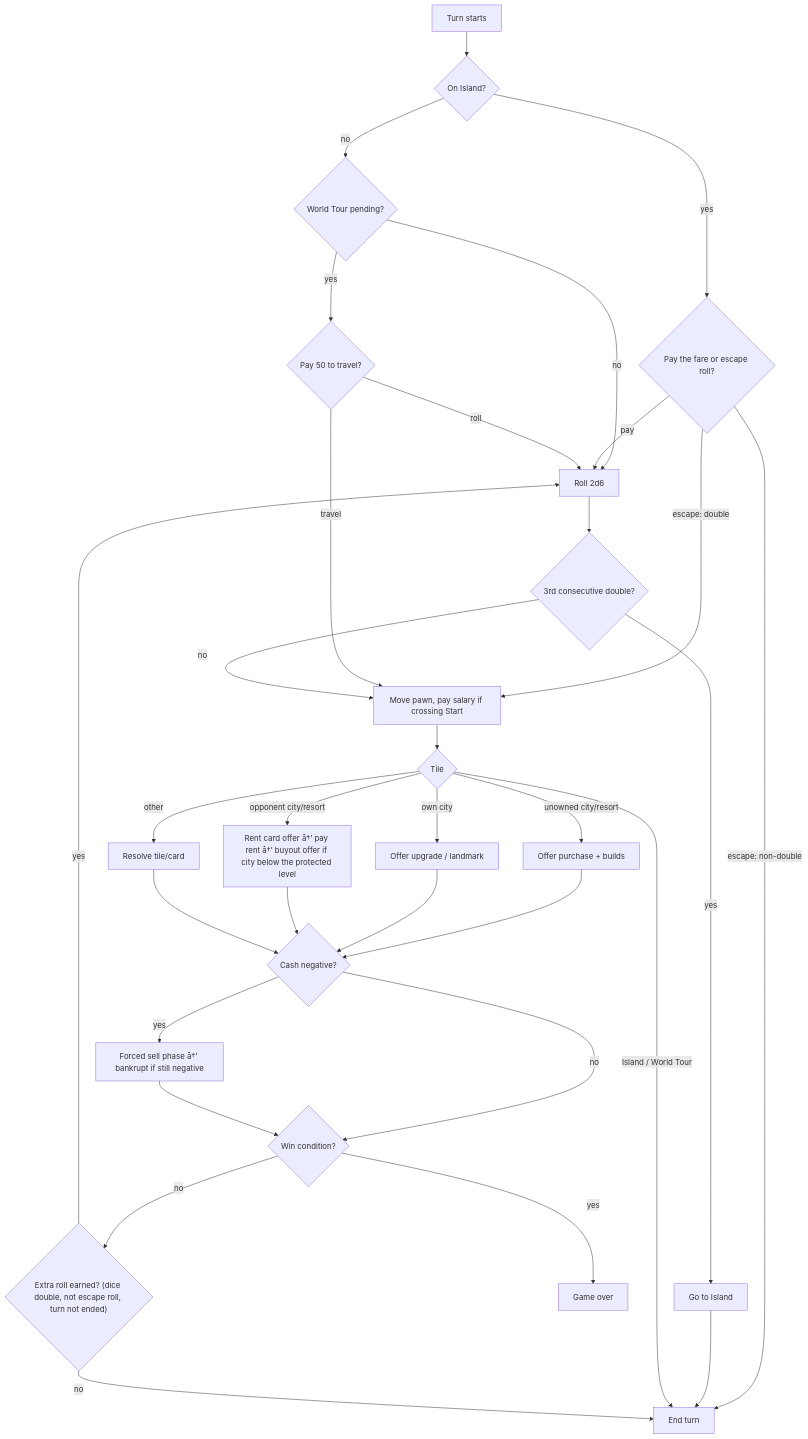
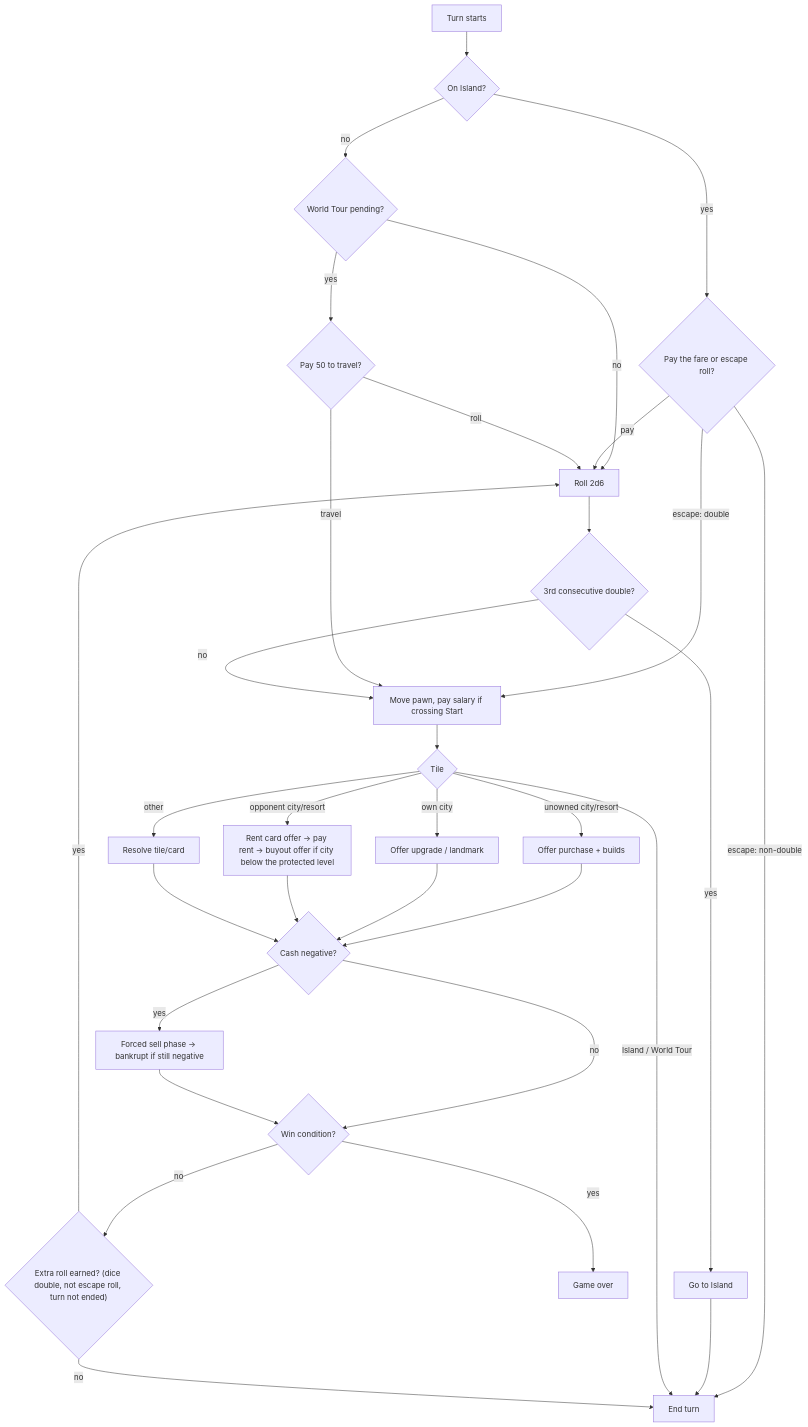
One commit to Rusutsu-Studios/Polytour changed the diagram in docs/GAME_DESIGN.md. Above: the diagram before and after it, drawn with Mermaid. The commit also changed other lines of this file and 4 other files, not shown here.

````diff
--- a/docs/GAME_DESIGN.md
+++ b/docs/GAME_DESIGN.md
@@ -269,30 +269,30 @@
 ```mermaid
 flowchart TD
   S[Turn starts] --> I{On Island?}
   I -- yes --> IE{Pay the fare or escape roll?}
   I -- no --> WT{World Tour pending?}
   WT -- yes --> TR{Pay 50 to travel?}
   WT -- no --> R[Roll 2d6]
   IE -- pay --> R
   IE -- "escape: double" --> M
   IE -- "escape: non-double" --> E
   TR -- travel --> M
   TR -- roll --> R
   R --> TD{3rd consecutive double?}
   TD -- yes --> ISL[Go to Island] --> E
   TD -- no --> M[Move pawn, pay salary if crossing Start]
   M --> T{Tile}
   T -- unowned city/resort --> B[Offer purchase + builds]
   T -- own city --> U[Offer upgrade / landmark]
-  T -- "opponent city/resort" --> P[Rent card offer â†’ pay rent â†’ buyout offer if city below the protected level]
+  T -- "opponent city/resort" --> P[Rent card offer → pay rent → buyout offer if city below the protected level]
   T -- "Island / World Tour" --> E
   T -- other --> X[Resolve tile/card]
   B & U & P & X --> D{Cash negative?}
-  D -- yes --> SELL[Forced sell phase â†’ bankrupt if still negative]
+  D -- yes --> SELL[Forced sell phase → bankrupt if still negative]
   D -- no --> W{Win condition?}
   SELL --> W
   W -- yes --> END[Game over]
   W -- no --> DB{"Extra roll earned? (dice double, not escape roll, turn not ended)"}
   DB -- yes --> R
   DB -- no --> E[End turn]
 ```
````
